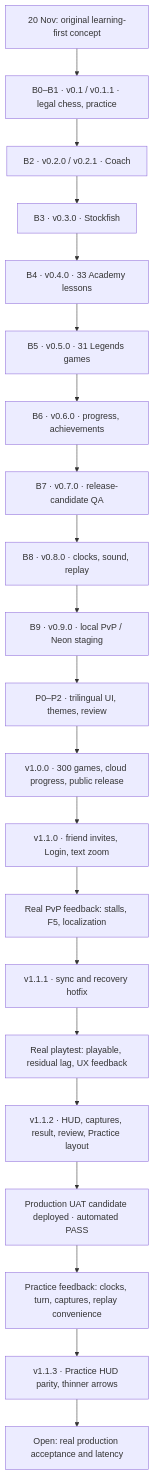
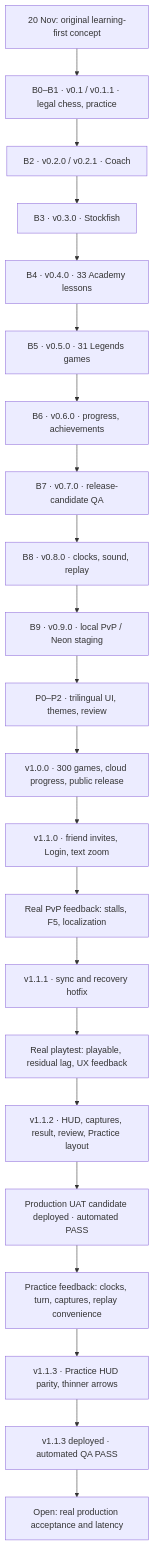
Before and after one commit to KonstantinOreshnikov/KonstantinOreshnikov: the diagram in projects/independent-game-studio/games/chess-odyssey/README.md, drawn with Mermaid. The commit also changed other lines of this file and 14 other files, not shown here.

````diff
--- a/projects/independent-game-studio/games/chess-odyssey/README.md
+++ b/projects/independent-game-studio/games/chess-odyssey/README.md
@@ -117,23 +117,24 @@
 ```mermaid
 flowchart TD
  A["20 Nov: original learning-first concept"] --> B["B0–B1 · v0.1 / v0.1.1 · legal chess, practice"]
  B --> C["B2 · v0.2.0 / v0.2.1 · Coach"]
  C --> D["B3 · v0.3.0 · Stockfish"]
  D --> E["B4 · v0.4.0 · 33 Academy lessons"]
  E --> F["B5 · v0.5.0 · 31 Legends games"]
  F --> G["B6 · v0.6.0 · progress, achievements"]
  G --> H["B7 · v0.7.0 · release-candidate QA"]
  H --> I["B8 · v0.8.0 · clocks, sound, replay"]
  I --> J["B9 · v0.9.0 · local PvP / Neon staging"]
  J --> K["P0–P2 · trilingual UI, themes, review"]
  K --> L["v1.0.0 · 300 games, cloud progress, public release"]
  L --> M["v1.1.0 · friend invites, Login, text zoom"]
  M --> N["Real PvP feedback: stalls, F5, localization"]
  N --> O["v1.1.1 · sync and recovery hotfix"]
  O --> P["Real playtest: playable, residual lag, UX feedback"]
  P --> Q["v1.1.2 · HUD, captures, result, review, Practice layout"]
  Q --> R["Production UAT candidate deployed · automated PASS"]
  R --> T["Practice feedback: clocks, turn, captures, replay convenience"]
  T --> U["v1.1.3 · Practice HUD parity, thinner arrows"]
- U --> S["Open: real production acceptance and latency"]
+ U --> V["v1.1.3 deployed · automated QA PASS"]
+ V --> S["Open: real production acceptance and latency"]
 ```
````
